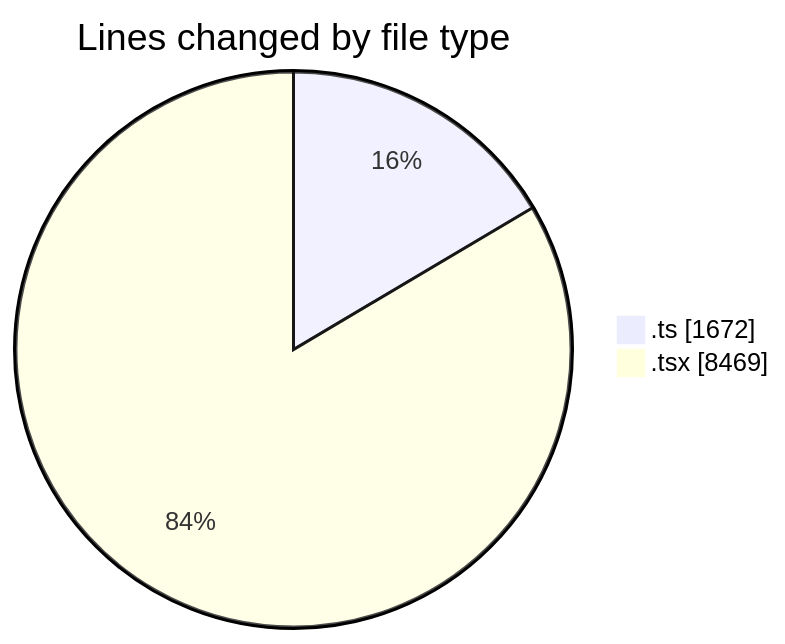
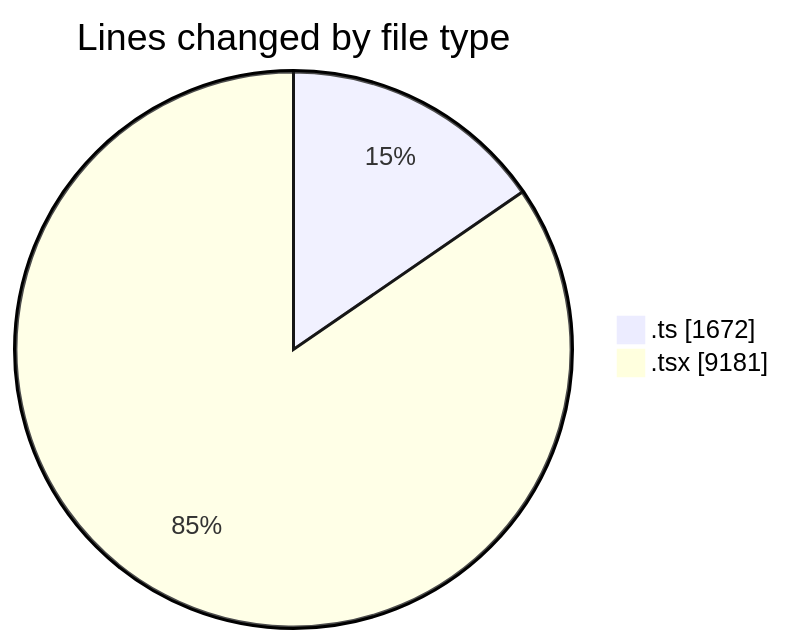
The first of 2 diagrams in 2026-08-21/nxtqube_webapp/README.md (nxtqubesakshisongat/code-tracking), drawn with Mermaid before and after one commit. The commit also changed other lines of this file and 1 other file, not shown here.

````diff
--- a/2026-08-21/nxtqube_webapp/README.md
+++ b/2026-08-21/nxtqube_webapp/README.md
@@ -42,6 +43,6 @@
 ```mermaid
 pie showData
 title Lines changed by file type
 ".ts" : 1672
-".tsx" : 8469
+".tsx" : 9181
 ```
````
